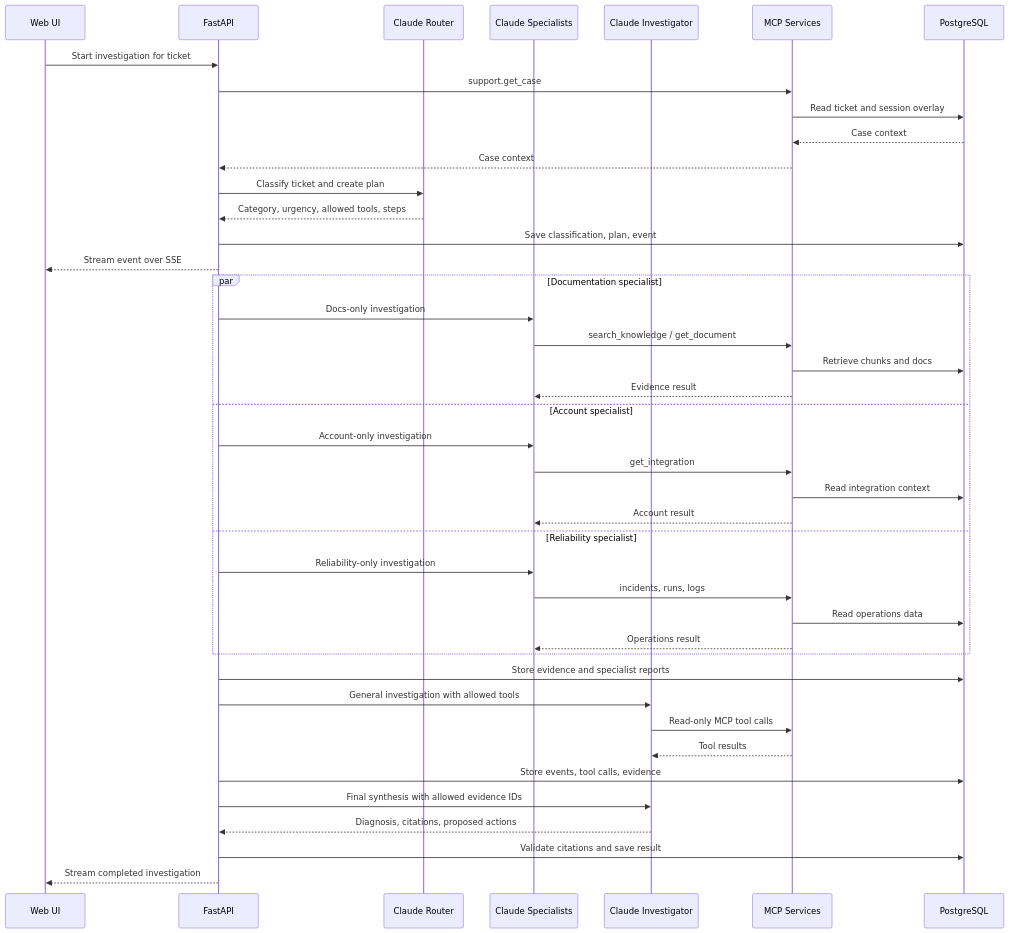
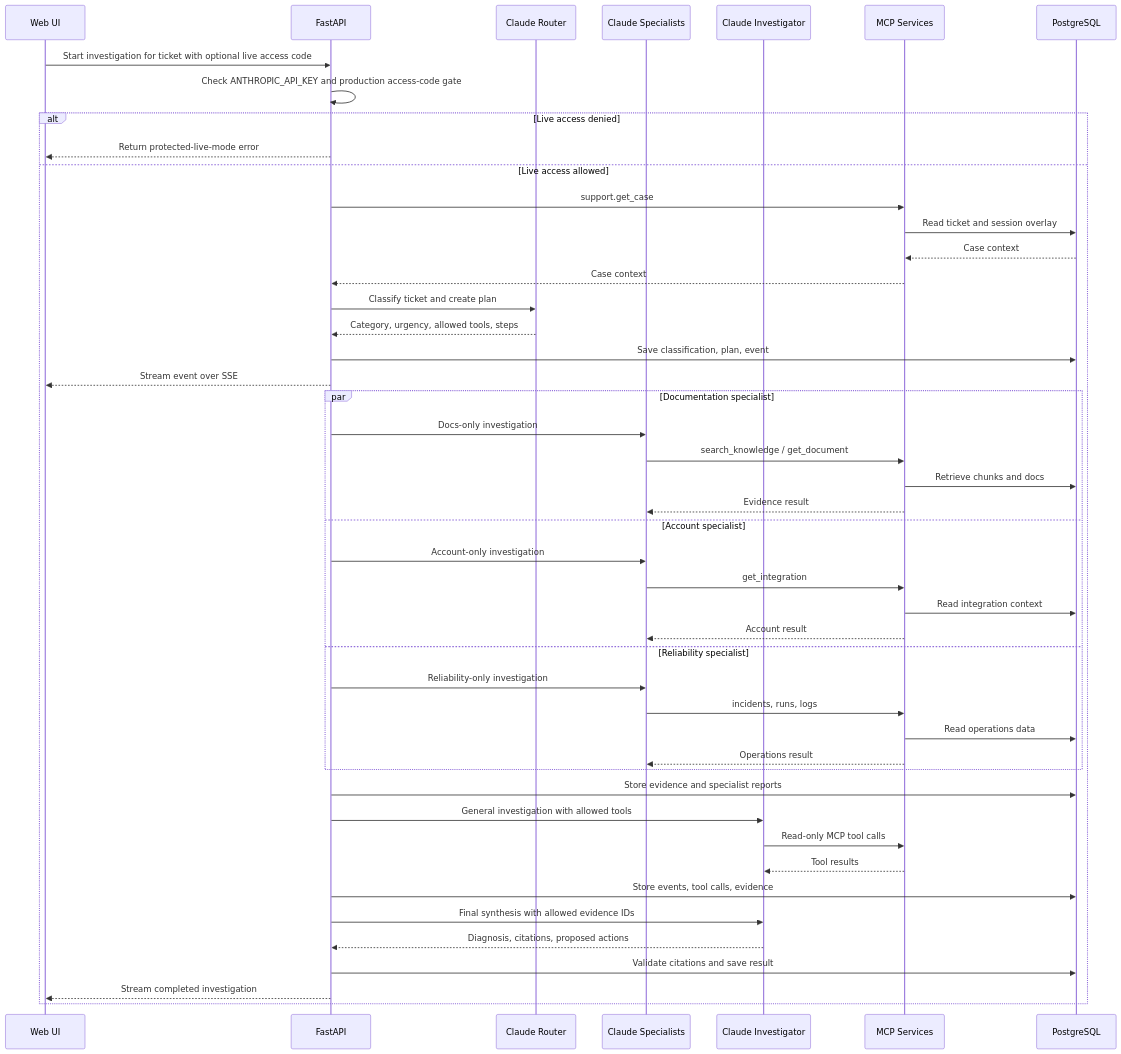
Before and after one commit to TahaRasheed740/agentic-mcp-support-ops-console: the fifth of 10 diagrams in docs/project-flowcharts.md, drawn with Mermaid. The commit also changed other lines of this file and 4 other files, not shown here.

Commit message:
Update docs for model judging and protected live mode

````diff
--- a/docs/project-flowcharts.md
+++ b/docs/project-flowcharts.md
@@ -142,49 +142,54 @@
 ```mermaid
 sequenceDiagram
     participant UI as Web UI
     participant API as FastAPI
     participant Router as Claude Router
     participant Specs as Claude Specialists
     participant Inv as Claude Investigator
     participant MCP as MCP Services
     participant DB as PostgreSQL
 
-    UI->>API: Start investigation for ticket
+    UI->>API: Start investigation for ticket with optional live access code
+    API->>API: Check ANTHROPIC_API_KEY and production access-code gate
+    alt Live access denied
+        API-->>UI: Return protected-live-mode error
+    else Live access allowed
     API->>MCP: support.get_case
     MCP->>DB: Read ticket and session overlay
     DB-->>MCP: Case context
     MCP-->>API: Case context
 
     API->>Router: Classify ticket and create plan
     Router-->>API: Category, urgency, allowed tools, steps
     API->>DB: Save classification, plan, event
     API-->>UI: Stream event over SSE
 
     par Documentation specialist
         API->>Specs: Docs-only investigation
         Specs->>MCP: search_knowledge / get_document
         MCP->>DB: Retrieve chunks and docs
         MCP-->>Specs: Evidence result
     and Account specialist
         API->>Specs: Account-only investigation
         Specs->>MCP: get_integration
         MCP->>DB: Read integration context
         MCP-->>Specs: Account result
     and Reliability specialist
         API->>Specs: Reliability-only investigation
         Specs->>MCP: incidents, runs, logs
         MCP->>DB: Read operations data
         MCP-->>Specs: Operations result
     end
 
     API->>DB: Store evidence and specialist reports
     API->>Inv: General investigation with allowed tools
     Inv->>MCP: Read-only MCP tool calls
     MCP-->>Inv: Tool results
     API->>DB: Store events, tool calls, evidence
 
     API->>Inv: Final synthesis with allowed evidence IDs
     Inv-->>API: Diagnosis, citations, proposed actions
     API->>DB: Validate citations and save result
     API-->>UI: Stream completed investigation
+    end
 ```
````
